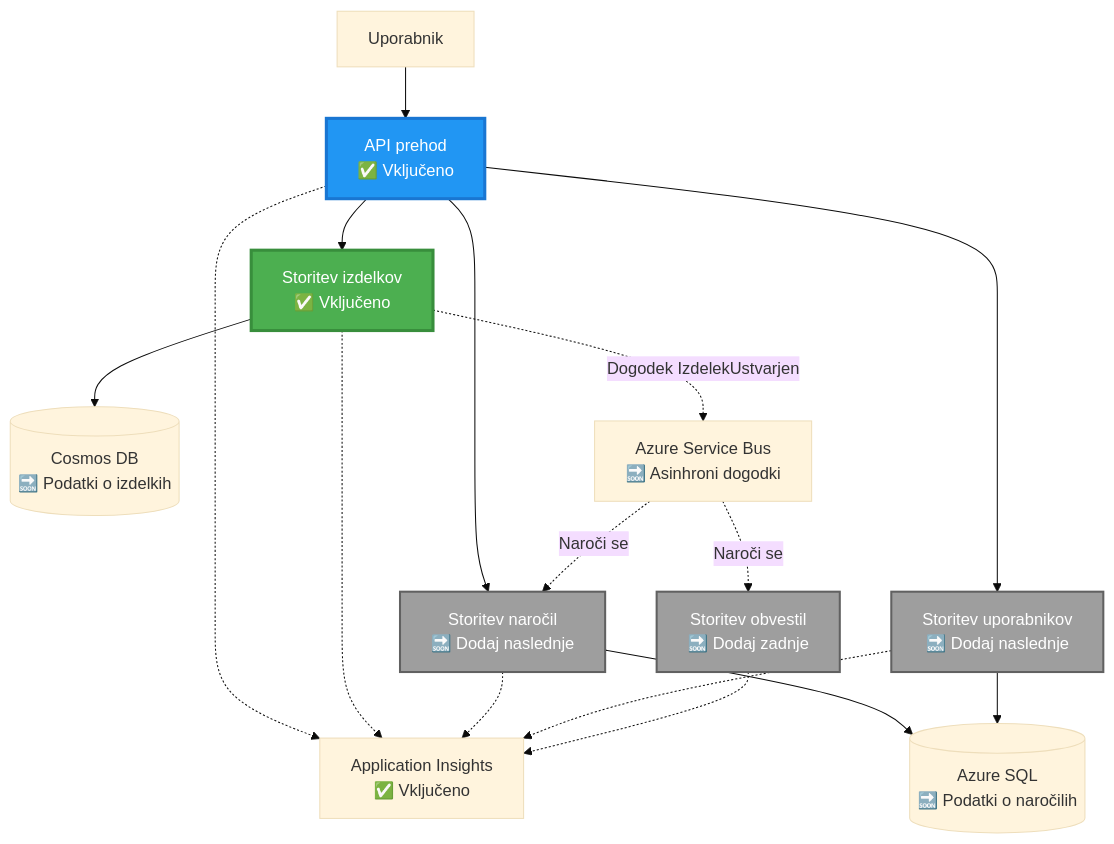
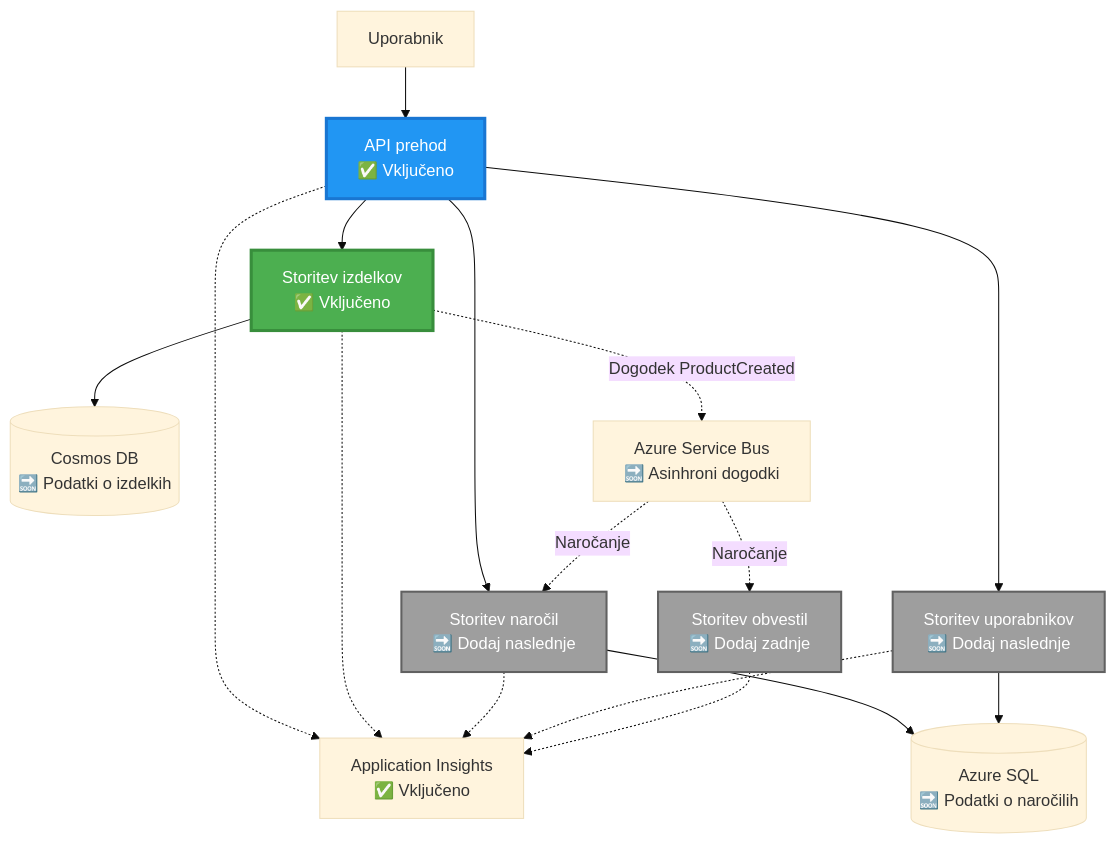
Before and after one commit to microsoft/AZD-for-beginners: the second of 4 diagrams in translations/sl/examples/microservices/README.md, drawn with Mermaid (base theme). The commit also changed other lines of this file and 242 other files, not shown here.

````diff
--- a/translations/sl/examples/microservices/README.md
+++ b/translations/sl/examples/microservices/README.md
@@ -78,39 +69,39 @@
 ```mermaid
 graph TB
     User[Uporabnik]
     Gateway[API prehod<br/>✅ Vključeno]
     Product[Storitev izdelkov<br/>✅ Vključeno]
     Order[Storitev naročil<br/>🔜 Dodaj naslednje]
     UserSvc[Storitev uporabnikov<br/>🔜 Dodaj naslednje]
     Notify[Storitev obvestil<br/>🔜 Dodaj zadnje]
     
     CosmosDB[(Cosmos DB<br/>🔜 Podatki o izdelkih)]
     AzureSQL[(Azure SQL<br/>🔜 Podatki o naročilih)]
     ServiceBus[Azure Service Bus<br/>🔜 Asinhroni dogodki]
     AppInsights[Application Insights<br/>✅ Vključeno]
     
     User --> Gateway
     Gateway --> Product
     Gateway --> Order
     Gateway --> UserSvc
     
     Product --> CosmosDB
     Order --> AzureSQL
     UserSvc --> AzureSQL
     
-    Product -.->|Dogodek IzdelekUstvarjen| ServiceBus
-    ServiceBus -.->|Naroči se| Notify
-    ServiceBus -.->|Naroči se| Order
+    Product -.->|Dogodek ProductCreated| ServiceBus
+    ServiceBus -.->|Naročanje| Notify
+    ServiceBus -.->|Naročanje| Order
     
     Gateway -.-> AppInsights
     Product -.-> AppInsights
     Order -.-> AppInsights
     UserSvc -.-> AppInsights
     Notify -.-> AppInsights
     
     style Product fill:#4CAF50,stroke:#388E3C,stroke-width:3px,color:#fff
     style Gateway fill:#2196F3,stroke:#1976D2,stroke-width:3px,color:#fff
     style Order fill:#9E9E9E,stroke:#616161,stroke-width:2px,color:#fff
     style UserSvc fill:#9E9E9E,stroke:#616161,stroke-width:2px,color:#fff
     style Notify fill:#9E9E9E,stroke:#616161,stroke-width:2px,color:#fff
 ```
````
